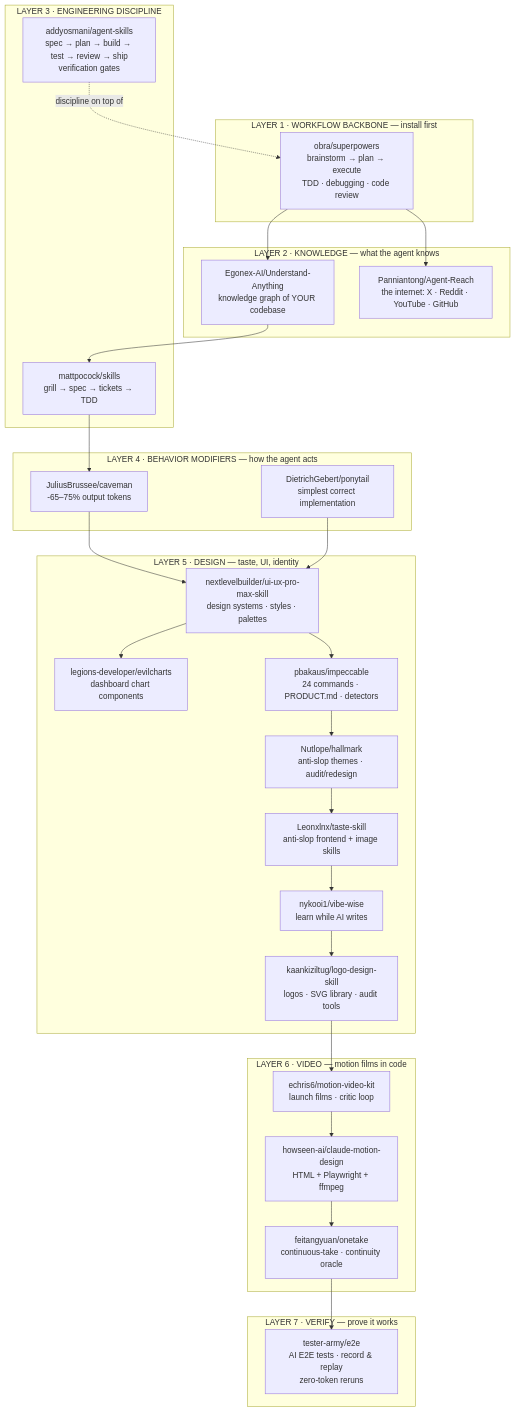
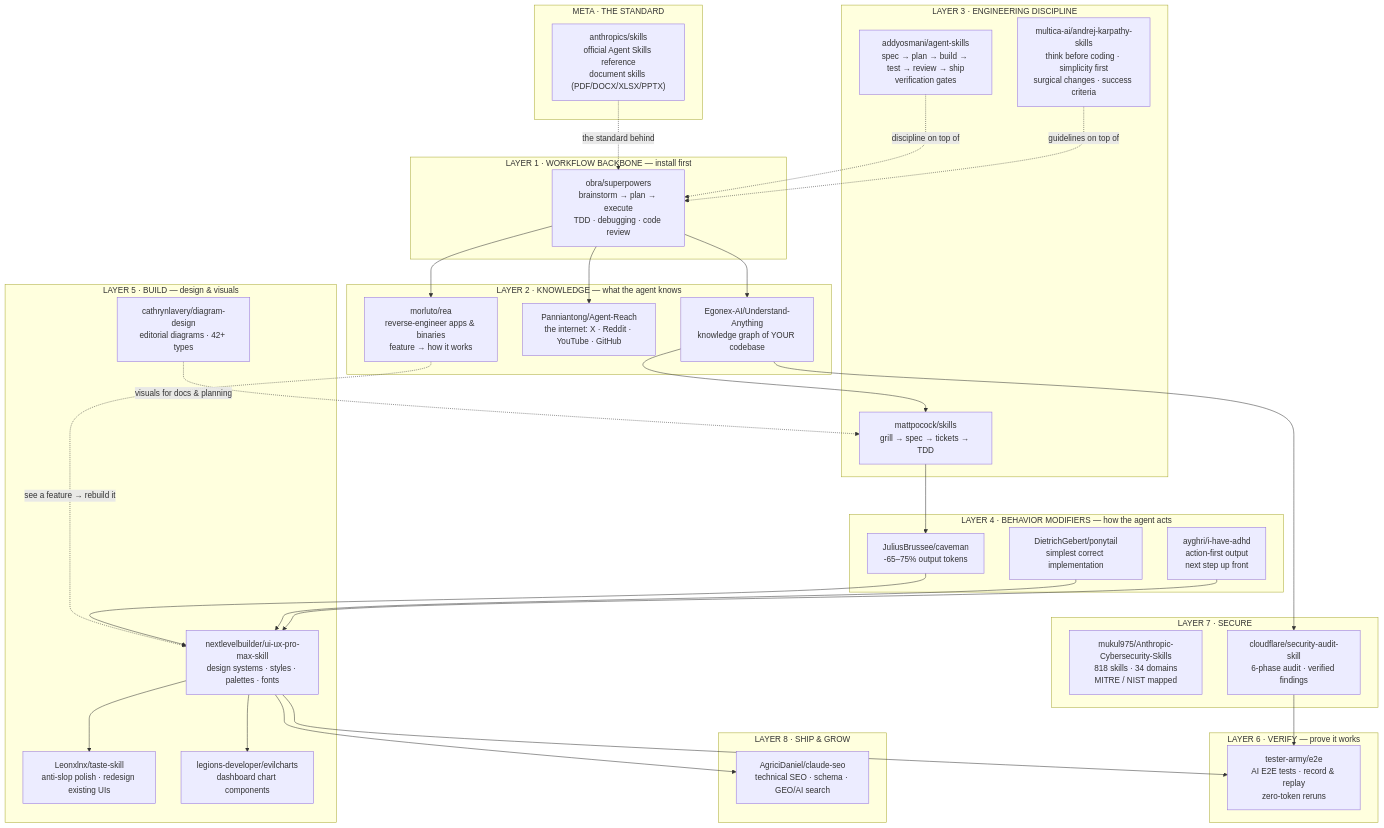
Before and after one commit to aaronjoseph94/aarons-skill-stack: the diagram in README.md, drawn with Mermaid. The commit also changed other lines of this file and 2 other files, not shown here.

Commit message:
Add REA (morluto/rea) as skill #19: README card, diagram node, install.sh step

````diff
--- a/README.md
+++ b/README.md
@@ -51,53 +49,60 @@
 ```mermaid
 flowchart TB
+    subgraph META["META · THE STANDARD"]
+        AN["anthropics/skills<br/>official Agent Skills reference<br/>document skills (PDF/DOCX/XLSX/PPTX)"]
+    end
     subgraph L1["LAYER 1 · WORKFLOW BACKBONE — install first"]
         SP["obra/superpowers<br/>brainstorm → plan → execute<br/>TDD · debugging · code review"]
     end
     subgraph L2["LAYER 2 · KNOWLEDGE — what the agent knows"]
         UA["Egonex-AI/Understand-Anything<br/>knowledge graph of YOUR codebase"]
         AR["Panniantong/Agent-Reach<br/>the internet: X · Reddit · YouTube · GitHub"]
+        REA["morluto/rea<br/>reverse-engineer apps & binaries<br/>feature → how it works"]
     end
     subgraph L3["LAYER 3 · ENGINEERING DISCIPLINE"]
         MP["mattpocock/skills<br/>grill → spec → tickets → TDD"]
         AO["addyosmani/agent-skills<br/>spec → plan → build → test → review → ship<br/>verification gates"]
+        KAR["multica-ai/andrej-karpathy-skills<br/>think before coding · simplicity first<br/>surgical changes · success criteria"]
     end
     subgraph L4["LAYER 4 · BEHAVIOR MODIFIERS — how the agent acts"]
         CV["JuliusBrussee/caveman<br/>-65–75% output tokens"]
         PT["DietrichGebert/ponytail<br/>simplest correct implementation"]
+        ADHD["ayghri/i-have-adhd<br/>action-first output<br/>next step up front"]
     end
-    subgraph L5["LAYER 5 · DESIGN — taste, UI, identity"]
-        UX["nextlevelbuilder/ui-ux-pro-max-skill<br/>design systems · styles · palettes"]
+    subgraph L5["LAYER 5 · BUILD — design & visuals"]
+        UX["nextlevelbuilder/ui-ux-pro-max-skill<br/>design systems · styles · palettes · fonts"]
+        TS["Leonxlnx/taste-skill<br/>anti-slop polish · redesign existing UIs"]
         EC["legions-developer/evilcharts<br/>dashboard chart components"]
-        IM["pbakaus/impeccable<br/>24 commands · PRODUCT.md · detectors"]
-        HM["Nutlope/hallmark<br/>anti-slop themes · audit/redesign"]
-        TS["Leonxlnx/taste-skill<br/>anti-slop frontend + image skills"]
-        VW["nykooi1/vibe-wise<br/>learn while AI writes"]
-        LG["kaankiziltug/logo-design-skill<br/>logos · SVG library · audit tools"]
+        DD["cathrynlavery/diagram-design<br/>editorial diagrams · 42+ types"]
     end
-    subgraph L6["LAYER 6 · VIDEO — motion films in code"]
-        MV["echris6/motion-video-kit<br/>launch films · critic loop"]
-        MD["howseen-ai/claude-motion-design<br/>HTML + Playwright + ffmpeg"]
-        OT["feitangyuan/onetake<br/>continuous-take · continuity oracle"]
-    end
-    subgraph L7["LAYER 7 · VERIFY — prove it works"]
+    subgraph L6["LAYER 6 · VERIFY — prove it works"]
         E2E["tester-army/e2e<br/>AI E2E tests · record & replay<br/>zero-token reruns"]
     end
+    subgraph L7["LAYER 7 · SECURE"]
+        CS["mukul975/Anthropic-Cybersecurity-Skills<br/>818 skills · 34 domains<br/>MITRE / NIST mapped"]
+        CA["cloudflare/security-audit-skill<br/>6-phase audit · verified findings"]
+    end
+    subgraph L8["LAYER 8 · SHIP & GROW"]
+        SEO["AgriciDaniel/claude-seo<br/>technical SEO · schema · GEO/AI search"]
+    end
 
+    AN -. the standard behind .-> SP
     SP --> UA
     SP --> AR
+    SP --> REA
+    REA -. see a feature → rebuild it .-> UX
     UA --> MP
     MP --> CV
     AO -. discipline on top of .-> SP
+    KAR -. guidelines on top of .-> SP
     CV --> UX
     PT --> UX
+    ADHD --> UX
+    UX --> TS
     UX --> EC
-    UX --> IM
-    IM --> HM
-    HM --> TS
-    TS --> VW
-    VW --> LG
-    LG --> MV
-    MV --> MD
-    MD --> OT
-    OT --> E2E
+    UX --> E2E
+    DD -. visuals for docs & planning .-> MP
+    UA --> CA
+    CA --> E2E
+    UX --> SEO
 ```
````
